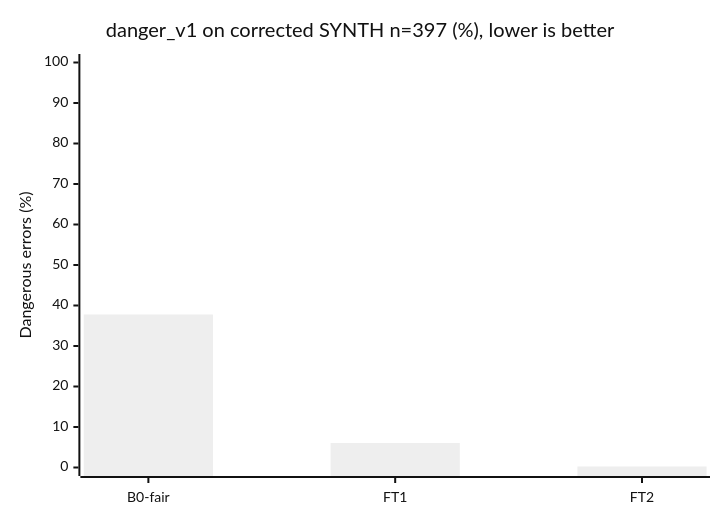
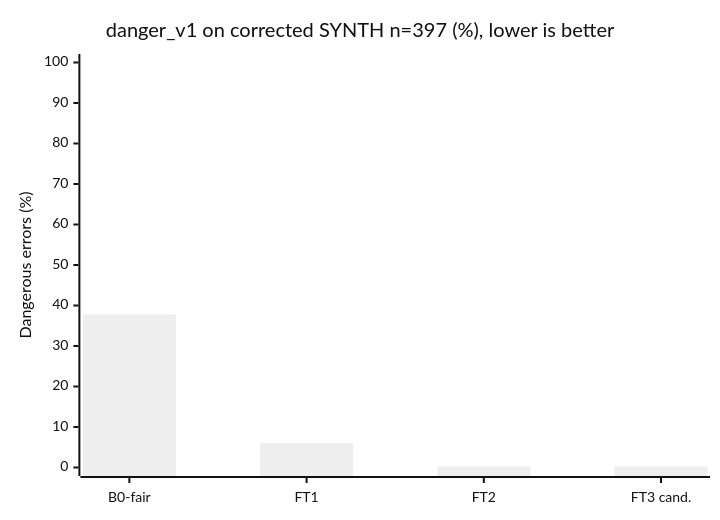
One commit to Vedant817/aaji-pill-clerk changed the fourth of 4 diagrams in eval/results.md. Above: the diagram before and after it, drawn with Mermaid (neutral theme). The commit also changed other lines of this file and 13 other files, not shown here.

````diff
--- a/eval/results.md
+++ b/eval/results.md
@@ -172,7 +177,7 @@
 ```mermaid
 xychart-beta
     title "danger_v1 on corrected SYNTH n=397 (%), lower is better"
-    x-axis ["B0-fair", "FT1", "FT2"]
+    x-axis ["B0-fair", "FT1", "FT2", "FT3 cand."]
     y-axis "Dangerous errors (%)" 0 --> 100
-    bar [37.78, 6.05, 0.25]
+    bar [37.78, 6.05, 0.25, 0.25]
 ```
````
